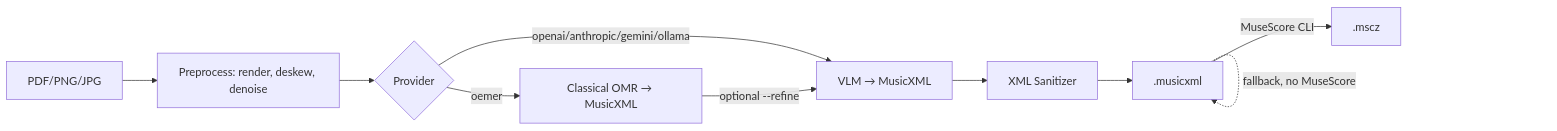
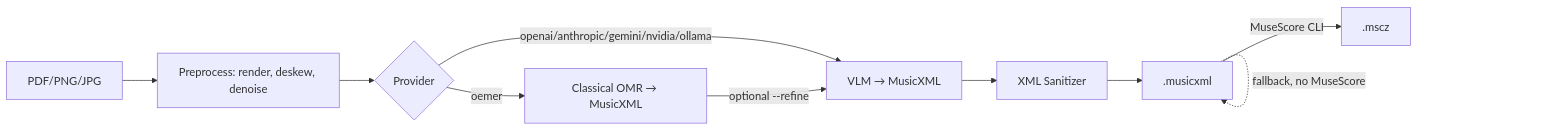
One commit to marianwolf/pdf2mscz changed the diagram in README.md. Above: the diagram before and after it, drawn with Mermaid. The commit also changed other lines of this file and 8 other files, not shown here.

````diff
--- a/README.md
+++ b/README.md
@@ -7,12 +7,12 @@
 ```mermaid
 flowchart LR
     IN[PDF/PNG/JPG] --> PRE[Preprocess: render, deskew, denoise]
     PRE --> P{Provider}
-    P -->|openai/anthropic/gemini/ollama| VLM[VLM → MusicXML]
+    P -->|openai/anthropic/gemini/nvidia/ollama| VLM[VLM → MusicXML]
     P -->|oemer| OMR[Classical OMR → MusicXML]
     OMR -->|optional --refine| VLM
     VLM --> SAN[XML Sanitizer]
     SAN --> XML[.musicxml]
     XML -->|MuseScore CLI| MSC[.mscz]
     XML -.fallback, no MuseScore.-> XML
 ```
````
